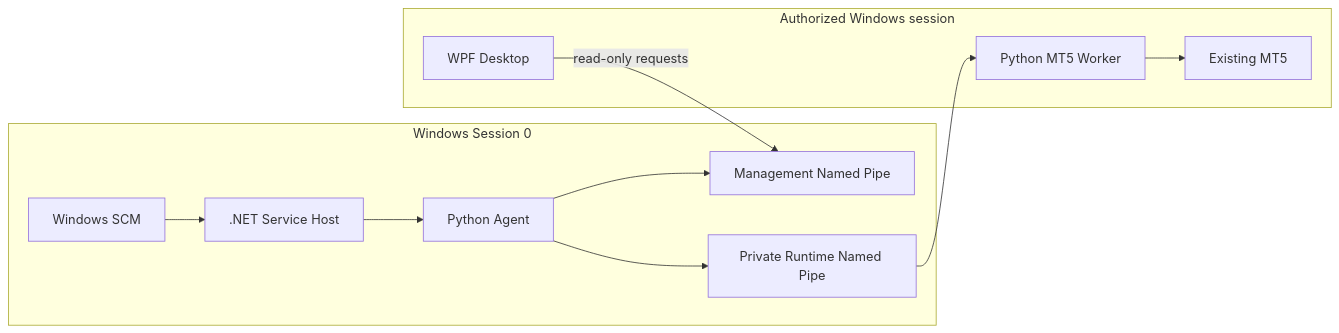
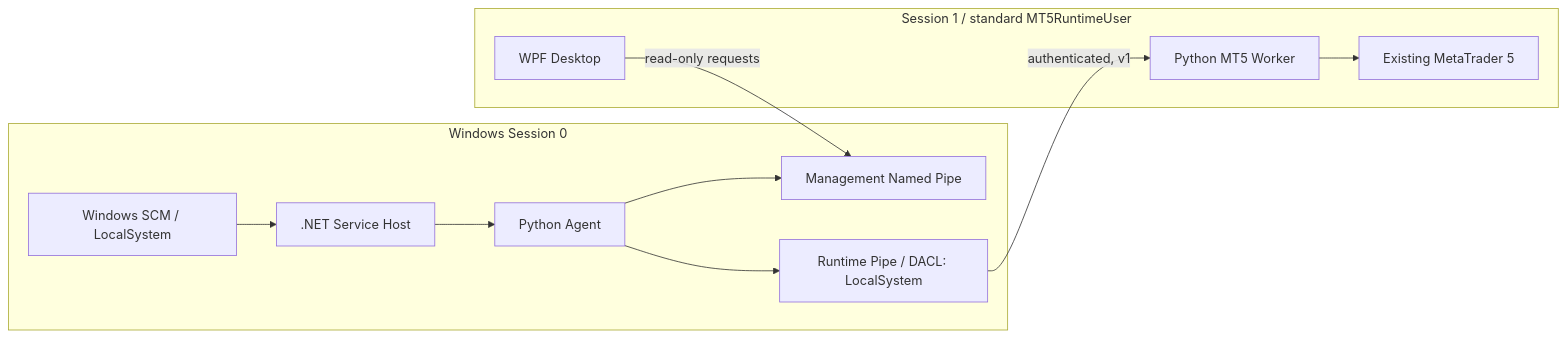
The diagram in docs/architecture/V0.1.5_RELEASE_READINESS.md (AmirrezaSobhi/agent), drawn with Mermaid before and after one commit. The commit also changed other lines of this file and 3 other files, not shown here.

Commit message:
fix: report authenticated worker session health

````diff
--- a/docs/architecture/V0.1.5_RELEASE_READINESS.md
+++ b/docs/architecture/V0.1.5_RELEASE_READINESS.md
@@ -7,14 +7,14 @@
 ```mermaid
 flowchart LR
   subgraph S0[Windows Session 0]
-    SCM[Windows SCM] --> Host[.NET Service Host]
+    SCM[Windows SCM / LocalSystem] --> Host[.NET Service Host]
     Host --> Agent[Python Agent]
     Agent --> Mgmt[Management Named Pipe]
-    Agent --> Runtime[Private Runtime Named Pipe]
+    Agent --> Runtime[Runtime Pipe / DACL: LocalSystem]
   end
-  subgraph Interactive[Authorized Windows session]
+  subgraph Interactive[Session 1 / standard MT5RuntimeUser]
     UI[WPF Desktop] -->|read-only requests| Mgmt
-    Worker[Python MT5 Worker] --> MT5[Existing MT5]
+    Worker[Python MT5 Worker] --> MT5[Existing MetaTrader 5]
   end
-  Runtime --> Worker
+  Runtime -->|authenticated, v1| Worker
 ```
````
